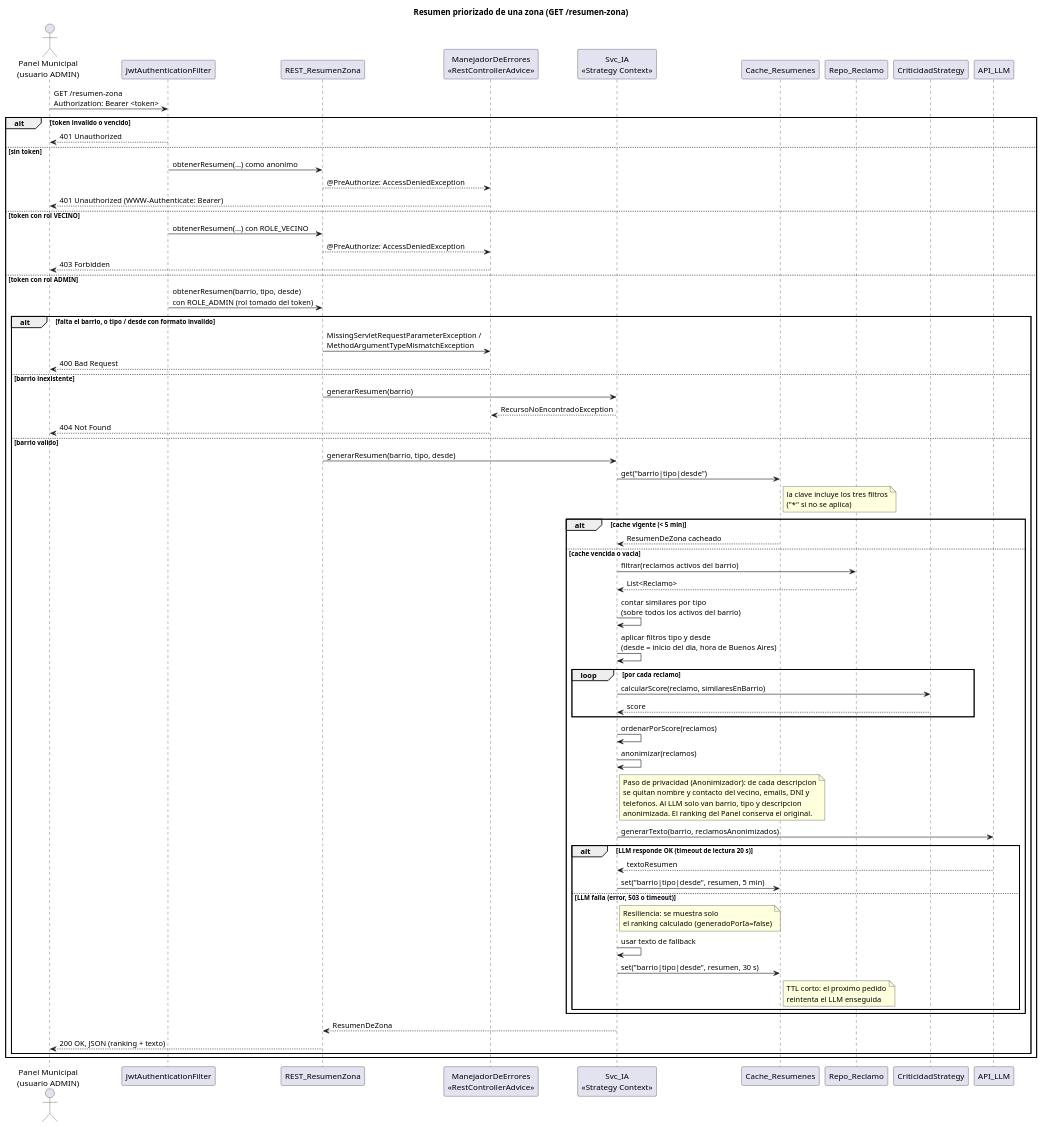
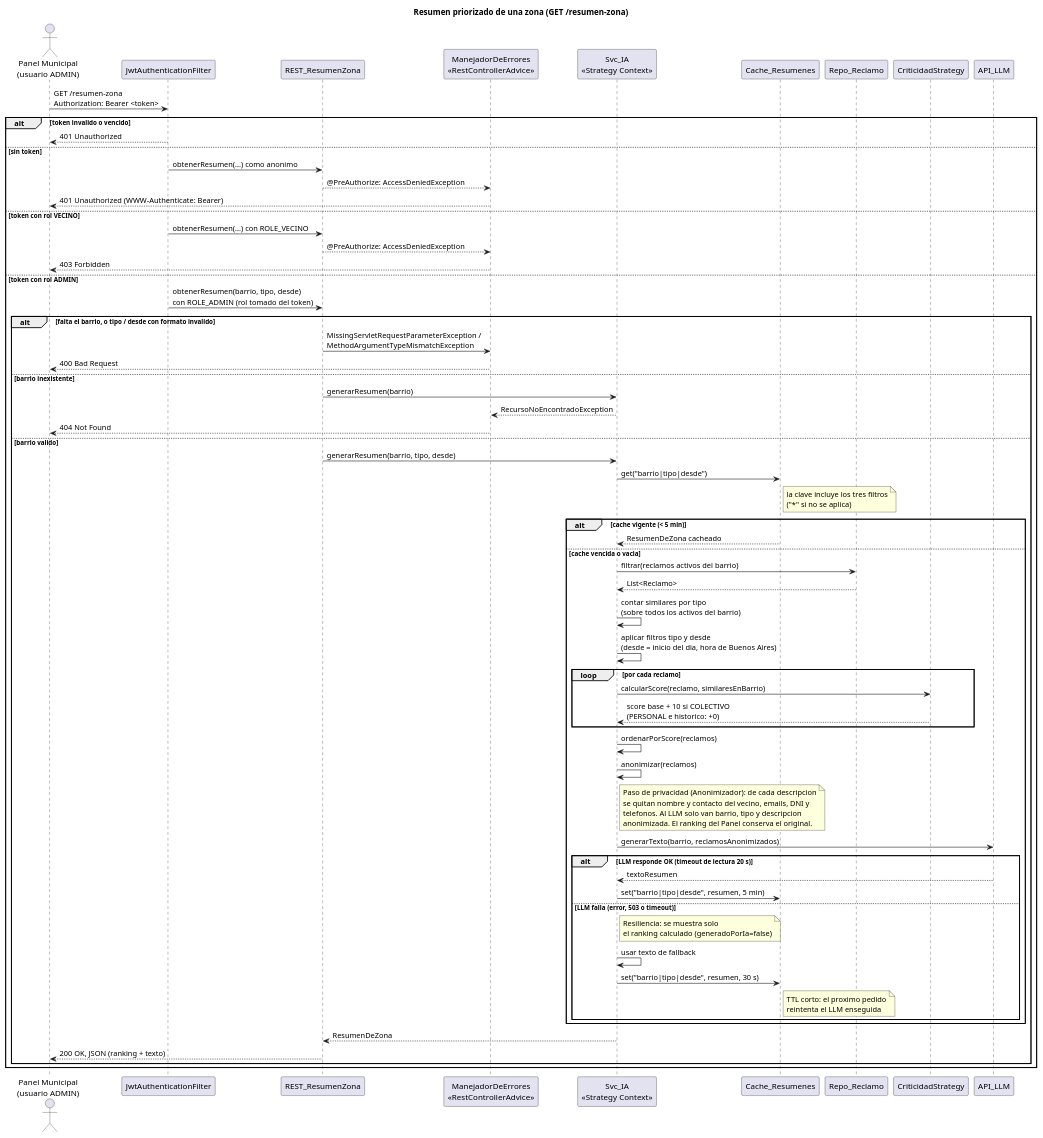
Before and after one commit to francolovera24/Backend-TicketeraMunicipal-DDA2: the diagram in docs/03_secuencia_resumen_zona.puml, drawn with PlantUML. The commit also changed 36 other files, not shown here.

Commit message:
feat: incorporar alcance personal y colectivo con adicional de criticidad

```diff
--- a/docs/03_secuencia_resumen_zona.puml
+++ b/docs/03_secuencia_resumen_zona.puml
@@ -1,81 +1,81 @@
 @startuml
 title Resumen priorizado de una zona (GET /resumen-zona)
 
 actor "Panel Municipal\n(usuario ADMIN)" as Panel
 participant "JwtAuthenticationFilter" as Filtro
 participant "REST_ResumenZona" as REST
 participant "ManejadorDeErrores\n<<RestControllerAdvice>>" as Errores
 participant "Svc_IA\n<<Strategy Context>>" as Svc
 participant "Cache_Resumenes" as Cache
 participant "Repo_Reclamo" as Repo
 participant "CriticidadStrategy" as Strategy
 participant "API_LLM" as LLM
 
 Panel -> Filtro : GET /resumen-zona\nAuthorization: Bearer <token>
 
 alt token invalido o vencido
     Filtro --> Panel : 401 Unauthorized
 else sin token
     Filtro -> REST : obtenerResumen(...) como anonimo
     REST --> Errores : @PreAuthorize: AccessDeniedException
     Errores --> Panel : 401 Unauthorized (WWW-Authenticate: Bearer)
 else token con rol VECINO
     Filtro -> REST : obtenerResumen(...) con ROLE_VECINO
     REST --> Errores : @PreAuthorize: AccessDeniedException
     Errores --> Panel : 403 Forbidden
 else token con rol ADMIN
 Filtro -> REST : obtenerResumen(barrio, tipo, desde)\ncon ROLE_ADMIN (rol tomado del token)
 
 alt falta el barrio, o tipo / desde con formato invalido
     REST -> Errores : MissingServletRequestParameterException /\nMethodArgumentTypeMismatchException
     Errores --> Panel : 400 Bad Request
 else barrio inexistente
     REST -> Svc : generarResumen(barrio)
     Svc --> Errores : RecursoNoEncontradoException
     Errores --> Panel : 404 Not Found
 else barrio valido
     REST -> Svc : generarResumen(barrio, tipo, desde)
     Svc -> Cache : get("barrio|tipo|desde")
     note right of Cache : la clave incluye los tres filtros\n("*" si no se aplica)
 
     alt cache vigente (< 5 min)
         Cache --> Svc : ResumenDeZona cacheado
     else cache vencida o vacia
         Svc -> Repo : filtrar(reclamos activos del barrio)
         Repo --> Svc : List<Reclamo>
         Svc -> Svc : contar similares por tipo\n(sobre todos los activos del barrio)
         Svc -> Svc : aplicar filtros tipo y desde\n(desde = inicio del dia, hora de Buenos Aires)
 
         loop por cada reclamo
             Svc -> Strategy : calcularScore(reclamo, similaresEnBarrio)
-            Strategy --> Svc : score
+            Strategy --> Svc : score base + 10 si COLECTIVO\n(PERSONAL e historico: +0)
         end
 
         Svc -> Svc : ordenarPorScore(reclamos)
 
         Svc -> Svc : anonimizar(reclamos)
         note right of Svc
           Paso de privacidad (Anonimizador): de cada descripcion
           se quitan nombre y contacto del vecino, emails, DNI y
           telefonos. Al LLM solo van barrio, tipo y descripcion
           anonimizada. El ranking del Panel conserva el original.
         end note
 
         Svc -> LLM : generarTexto(barrio, reclamosAnonimizados)
 
         alt LLM responde OK (timeout de lectura 20 s)
             LLM --> Svc : textoResumen
             Svc -> Cache : set("barrio|tipo|desde", resumen, 5 min)
         else LLM falla (error, 503 o timeout)
             note right of Svc : Resiliencia: se muestra solo\nel ranking calculado (generadoPorIa=false)
             Svc -> Svc : usar texto de fallback
             Svc -> Cache : set("barrio|tipo|desde", resumen, 30 s)
             note right of Cache : TTL corto: el proximo pedido\nreintenta el LLM enseguida
         end
     end
 
     Svc --> REST : ResumenDeZona
     REST --> Panel : 200 OK, JSON (ranking + texto)
 end
 end
 @enduml
```
